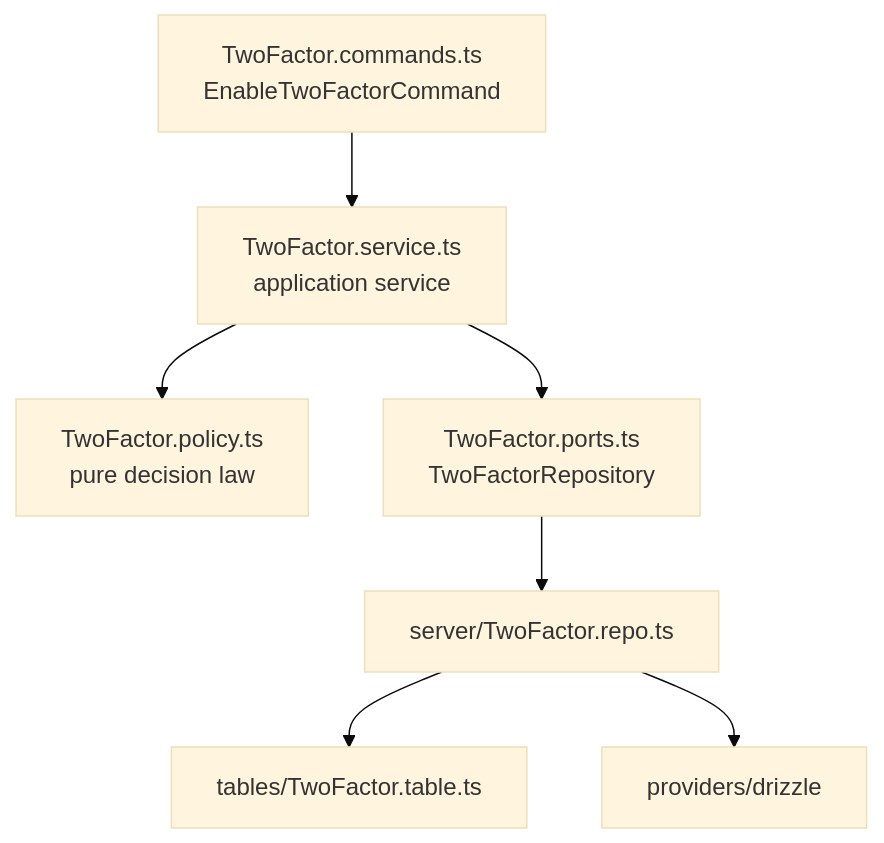
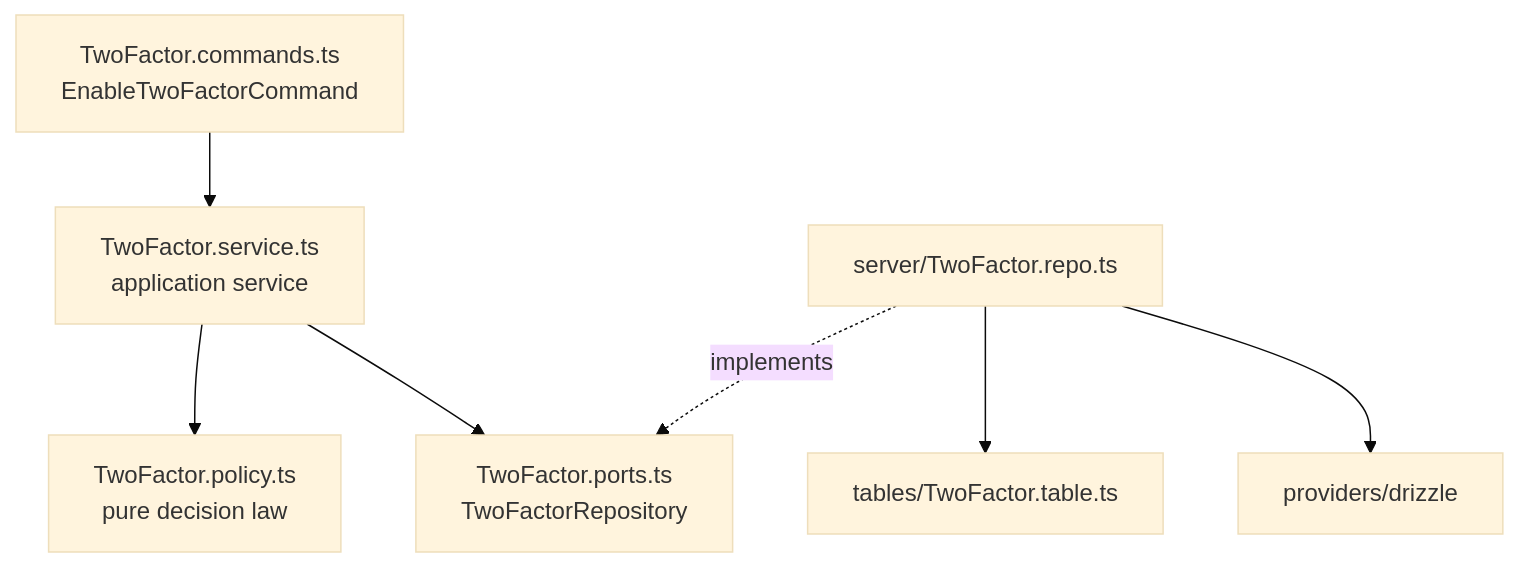
One commit to kriegcloud/beep-effect changed the fourth of 6 diagrams in standards/ARCHITECTURE.md. Above: the diagram before and after it, drawn with Mermaid (base theme). The commit also changed other lines of this file and 1 other file, not shown here.

Commit message:
architecture stuff

````diff
--- a/standards/ARCHITECTURE.md
+++ b/standards/ARCHITECTURE.md
@@ -642,17 +763,17 @@
 ```mermaid
 flowchart TD
   command["TwoFactor.commands.ts\nEnableTwoFactorCommand"]
   service["TwoFactor.service.ts\napplication service"]
   policy["TwoFactor.policy.ts\npure decision law"]
   repo["TwoFactor.ports.ts\nTwoFactorRepository"]
   impl["server/TwoFactor.repo.ts"]
   table["tables/TwoFactor.table.ts"]
   provider["providers/drizzle"]
 
   command --> service
   service --> policy
   service --> repo
-  repo --> impl
+  impl -. "implements" .-> repo
   impl --> table
   impl --> provider
 ```
````
